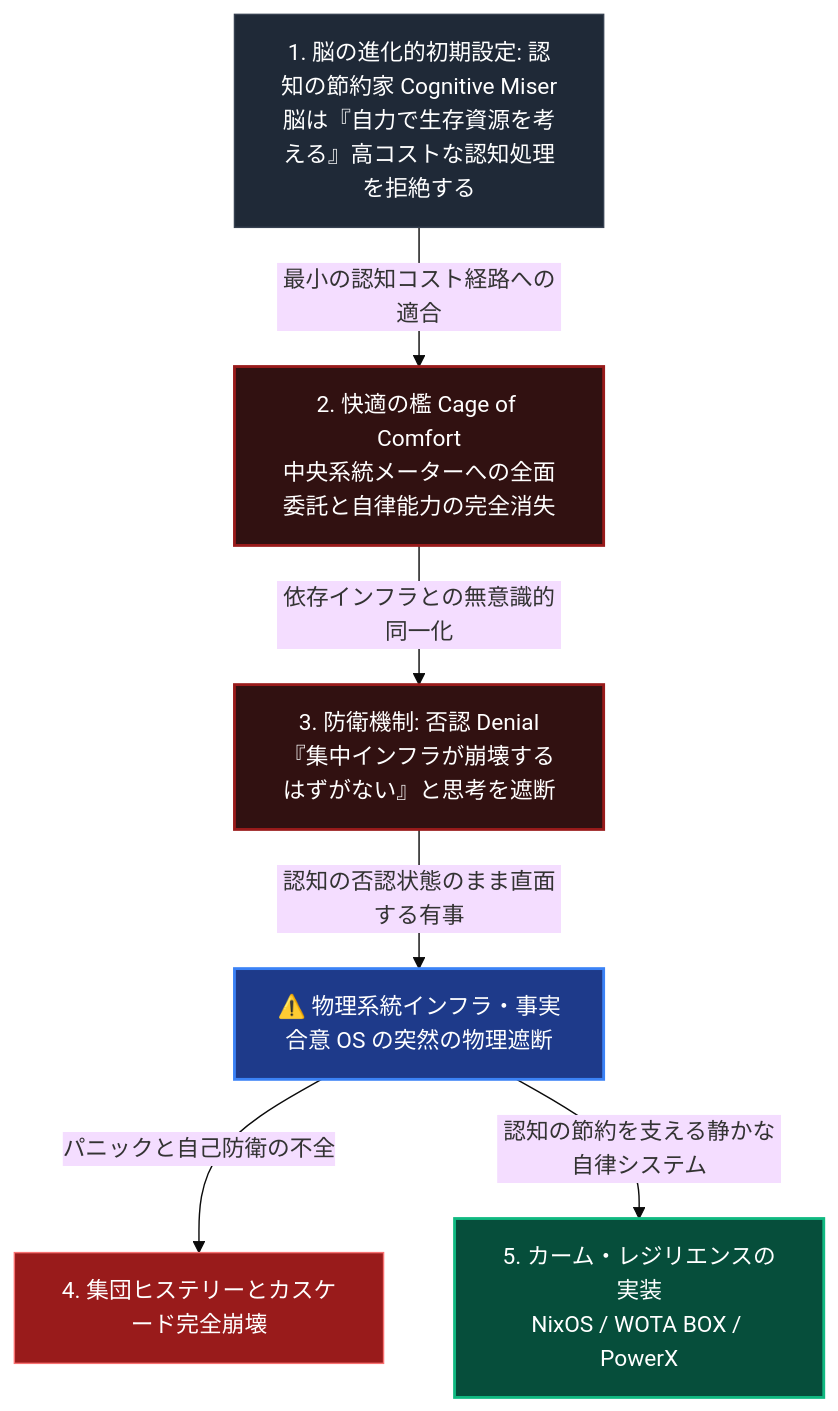
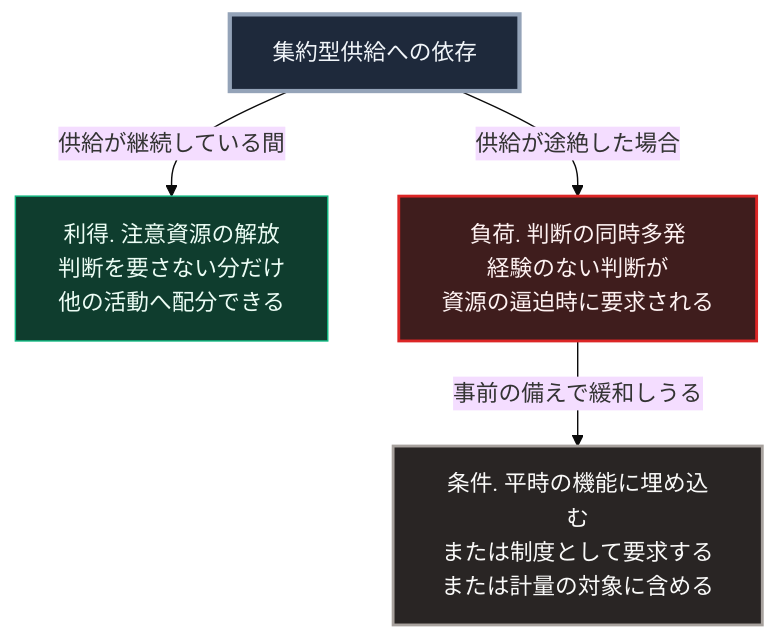
The diagram in books/sovereign-resilience-blueprint/41_dependency-psychoanalysis.md (Takenori-Kusaka/zenn-content), drawn with Mermaid (base theme) before and after one commit. The commit also changed other lines of this file and 108 other files, not shown here.

````diff
--- a/books/sovereign-resilience-blueprint/41_dependency-psychoanalysis.md
+++ b/books/sovereign-resilience-blueprint/41_dependency-psychoanalysis.md
@@ -28,19 +81,12 @@
 ```mermaid
 flowchart TD
-    S1[1. 脳の進化的初期設定: 認知の節約家 Cognitive Miser<br>脳は『自力で生存資源を考える』高コストな認知処理を拒絶する]
-    S1 -->|最小の認知コスト経路への適合| S2[2. 快適の檻 Cage of Comfort<br>中央系統メーターへの全面委託と自律能力の完全消失]
-    S2 -->|依存インフラとの無意識的同一化| S3[3. 防衛機制: 否認 Denial<br>『集中インフラが崩壊するはずがない』と思考を遮断]
-    
-    Trigger[⚠️ 物理系統インフラ・事実合意 OS の突然の物理遮断]
-    S3 -->|認知の否認状態のまま直面する有事| Trigger
-    
-    Trigger -->|パニックと自己防衛の不全| S4[4. 集団ヒステリーとカスケード完全崩壊]
-    Trigger -->|認知の節約を支える静かな自律システム| S5[5. カーム・レジリエンスの実装<br>NixOS / WOTA BOX / PowerX]
+    D[集約型供給への依存]
+    D -->|供給が継続している間| A[利得. 注意資源の解放<br>判断を要さない分だけ<br>他の活動へ配分できる]
+    D -->|供給が途絶した場合| B[負荷. 判断の同時多発<br>経験のない判断が<br>資源の逼迫時に要求される]
+    B -->|事前の備えで緩和しうる| C[条件. 平時の機能に埋め込む<br>または制度として要求する<br>または計量の対象に含める]
 
-    style S1 fill:#1f2937,stroke:#374151,color:#fff
-    style S2 fill:#311111,stroke:#991b1b,stroke-width:2px,color:#fff
-    style S3 fill:#311111,stroke:#991b1b,stroke-width:2px,color:#fff
-    style Trigger fill:#1e3a8a,stroke:#3b82f6,stroke-width:2px,color:#fff
-    style S4 fill:#991b1b,stroke:#f87171,color:#fff
-    style S5 fill:#064e3b,stroke:#10b981,stroke-width:2px,color:#fff
+    style D fill:#1e293b,stroke:#94a3b8,stroke-width:3px,color:#f1f5f9
+    style A fill:#0f3d2e,stroke:#10b981,color:#ecfdf5
+    style B fill:#3f1d1d,stroke:#dc2626,stroke-width:2px,color:#fef2f2
+    style C fill:#292524,stroke:#a8a29e,stroke-width:2px,color:#fafaf9
 ```
````
